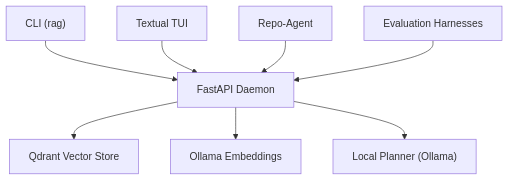
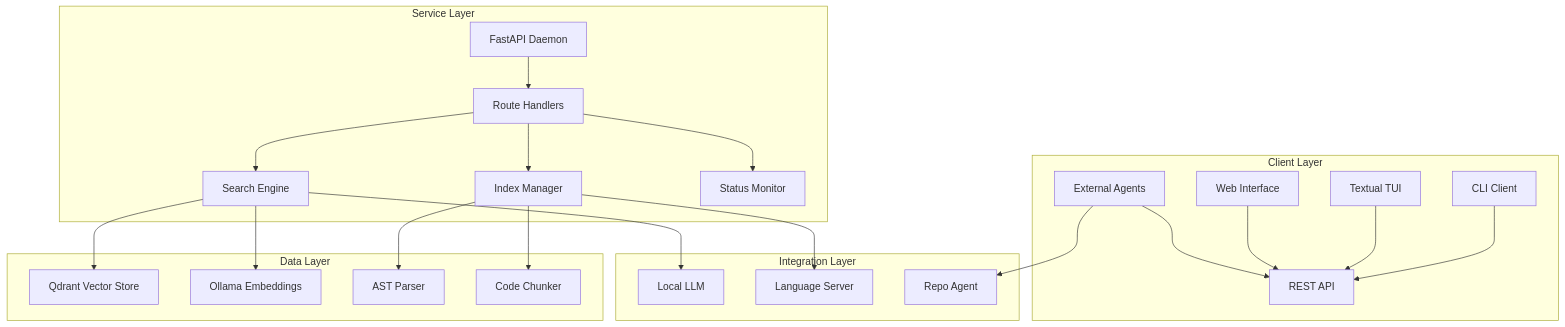
Before and after one commit to NcitDev/ragsystem: the second of 8 diagrams in docs/wiki/Reference Materials.md, drawn with Mermaid. The commit also changed other lines of this file and 27 other files, not shown here.

````diff
--- a/docs/wiki/Reference Materials.md
+++ b/docs/wiki/Reference Materials.md
@@ -132,10 +136,26 @@
 ```mermaid
 graph TB
-ClientCLI["CLI (rag)"] --> Daemon["FastAPI Daemon"]
-TUI["Textual TUI"] --> Daemon
-Daemon --> Qdrant["Qdrant Vector Store"]
-Daemon --> Embedder["Ollama Embeddings"]
-Daemon --> Planner["Local Planner (Ollama)"]
-Agent["Repo-Agent"] --> Daemon
-Eval["Evaluation Harnesses"] --> Daemon
+subgraph "Client Layer"
+CLI["CLI Client"] --> API["REST API"]
+TUI["Textual TUI"] --> API
+Web["Web Interface"] --> API
+Agent["External Agents"] --> API
+end
+subgraph "Service Layer"
+Daemon["FastAPI Daemon"] --> Router["Route Handlers"]
+Router --> Search["Search Engine"]
+Router --> Index["Index Manager"]
+Router --> Status["Status Monitor"]
+end
+subgraph "Data Layer"
+Search --> VectorStore["Qdrant Vector Store"]
+Search --> Embeddings["Ollama Embeddings"]
+Index --> AST["AST Parser"]
+Index --> Chunker["Code Chunker"]
+end
+subgraph "Integration Layer"
+Search --> LLM["Local LLM"]
+Index --> LSP["Language Server"]
+Agent --> RepoAgent["Repo Agent"]
+end
 ```
````
